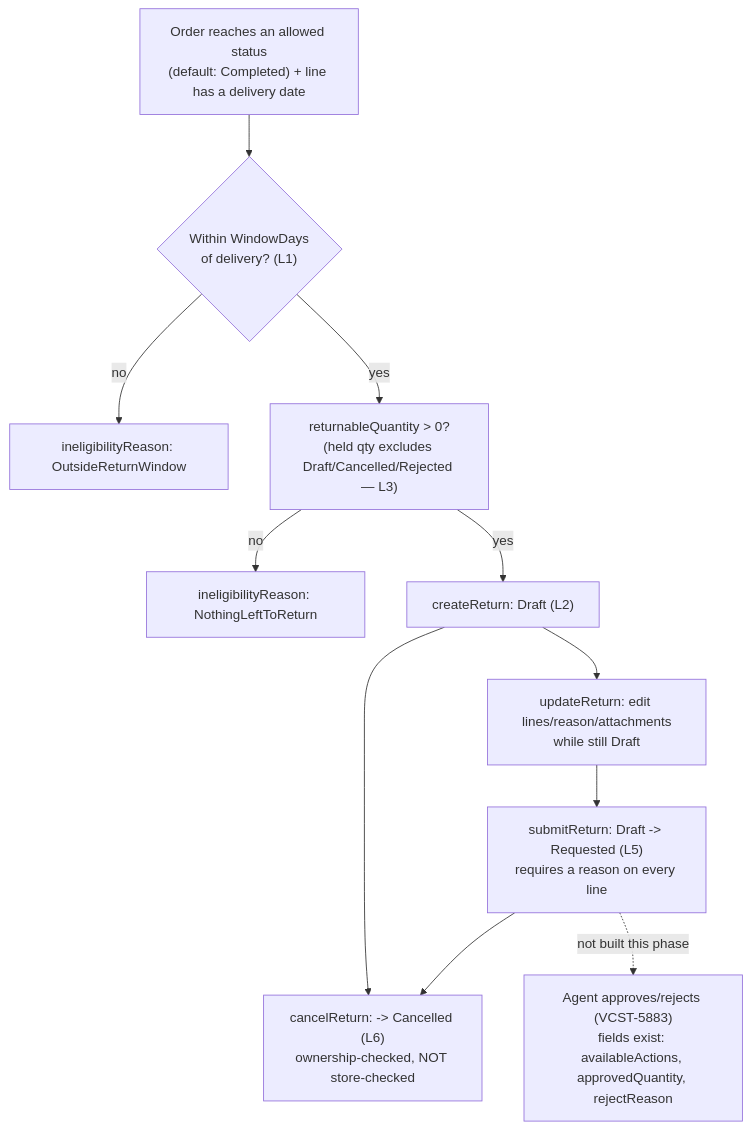
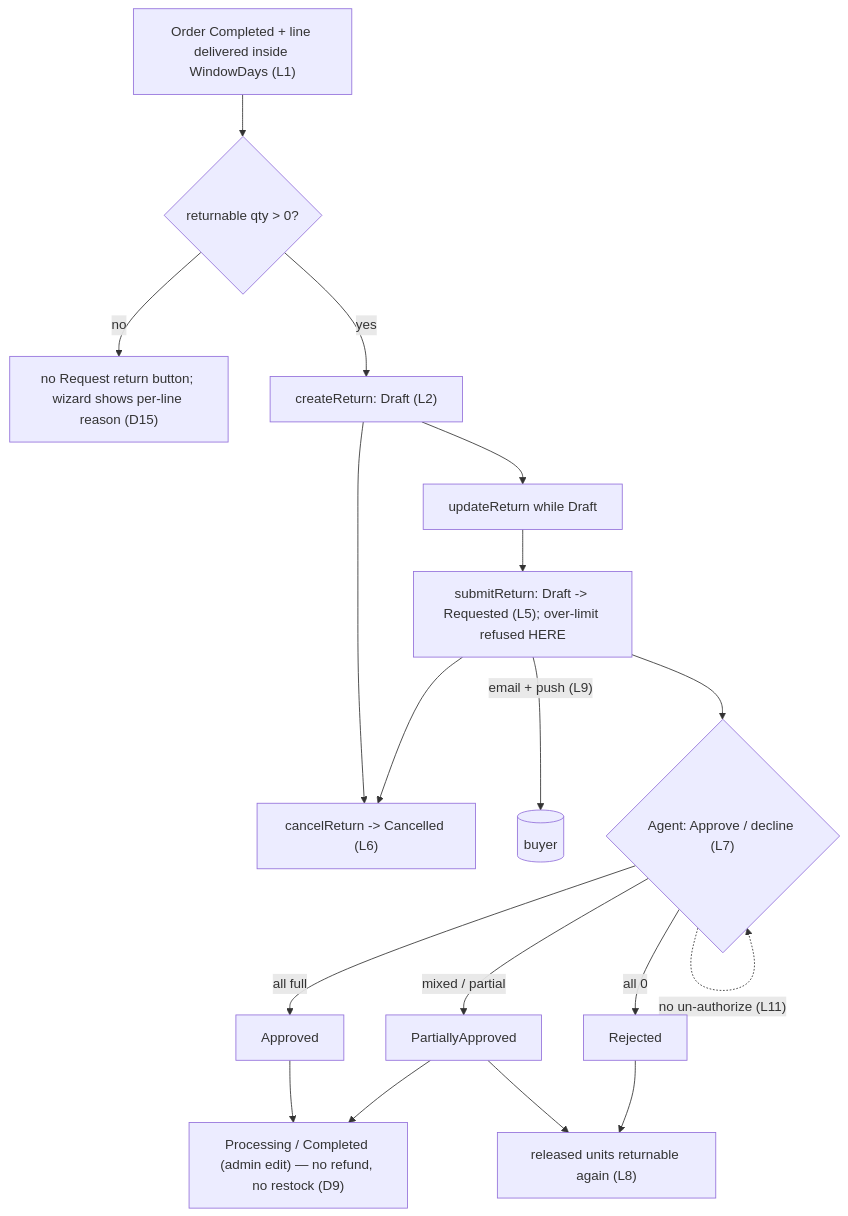
The diagram in .claude/knowledge/domain/returns.md (VirtoCommerce/ai-tools), drawn with Mermaid before and after one commit. The commit also changed other lines of this file and 13 other files, not shown here.

First line of the commit message:
feat(returns): test mind map for Returns + Behavior stamps (#404)

````diff
--- a/.claude/knowledge/domain/returns.md
+++ b/.claude/knowledge/domain/returns.md
@@ -120,13 +131,20 @@
 ```mermaid
 flowchart TD
-  A["Order reaches an allowed status\n(default: Completed) + line has a delivery date"] --> B{"Within WindowDays\nof delivery? (L1)"}
-  B -->|no| X["ineligibilityReason: OutsideReturnWindow"]
-  B -->|yes| C["returnableQuantity > 0?\n(held qty excludes Draft/Cancelled/Rejected — L3)"]
-  C -->|no| Y["ineligibilityReason: NothingLeftToReturn"]
-  C -->|yes| D["createReturn: Draft (L2)"]
-  D --> E["updateReturn: edit lines/reason/attachments\nwhile still Draft"]
-  E --> F["submitReturn: Draft -> Requested (L5)\nrequires a reason on every line"]
-  D --> G["cancelReturn: -> Cancelled (L6)\nownership-checked, NOT store-checked"]
+  A["Order Completed + line delivered inside WindowDays (L1)"] --> B{"returnable qty > 0?"}
+  B -->|no| X["no Request return button; wizard shows per-line reason (D15)"]
+  B -->|yes| D["createReturn: Draft (L2)"]
+  D --> E["updateReturn while Draft"]
+  E --> F["submitReturn: Draft -> Requested (L5); over-limit refused HERE"]
+  D --> G["cancelReturn -> Cancelled (L6)"]
   F --> G
-  F -.->|not built this phase| H["Agent approves/rejects (VCST-5883)\nfields exist: availableActions, approvedQuantity, rejectReason"]
+  F -->|"email + push (L9)"| N1[(buyer)]
+  F --> H{"Agent: Approve / decline (L7)"}
+  H -->|"all full"| AP[Approved]
+  H -->|"mixed / partial"| PA[PartiallyApproved]
+  H -->|"all 0"| RJ[Rejected]
+  PA --> REL["released units returnable again (L8)"]
+  RJ --> REL
+  AP --> FU["Processing / Completed (admin edit) — no refund, no restock (D9)"]
+  PA --> FU
+  H -.->|"no un-authorize (L11)"| H
 ```
````
